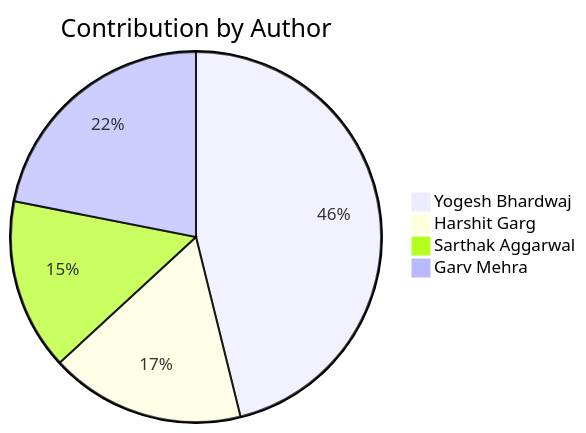
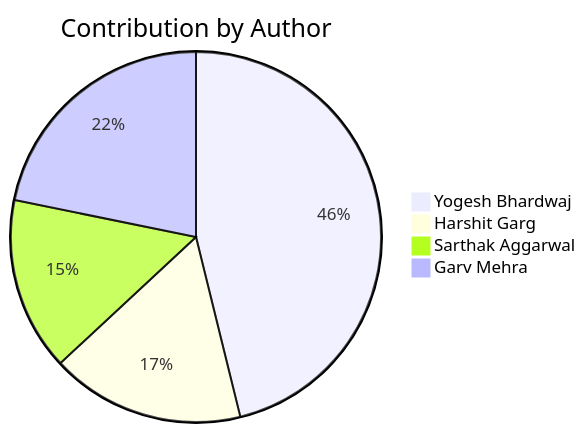
The second of 2 diagrams in README.md (Yogesh-Bhardwaj-hue/Scm-Final_2.0), drawn with Mermaid before and after one commit. The commit also changed other lines of this file, not shown here.

Commit message:
SwImdZbd8z9F

````diff
--- a/README.md
+++ b/README.md
@@ -220,7 +220,7 @@
 ```mermaid
 pie title Contribution by Author
-    "Yogesh Bhardwaj": 179
+    "Yogesh Bhardwaj": 180
     "Harshit Garg": 66
-    "Sarthak Aggarwal": 58
+    "Sarthak Aggarwal": 59
     "Garv Mehra": 85
 ```
````
